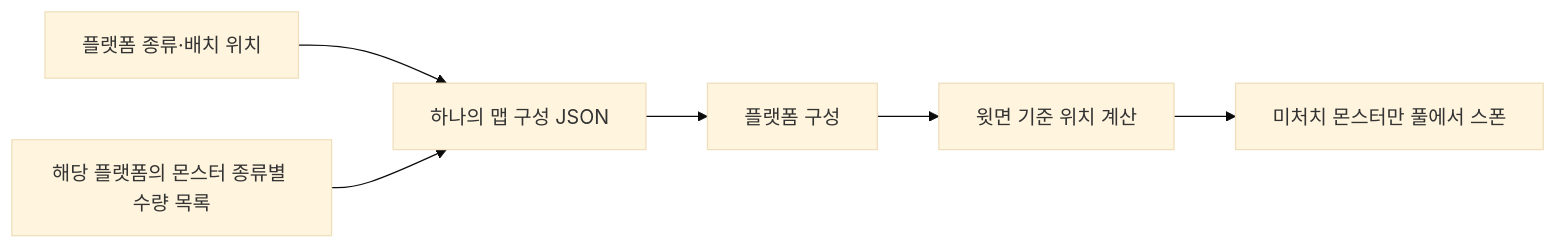
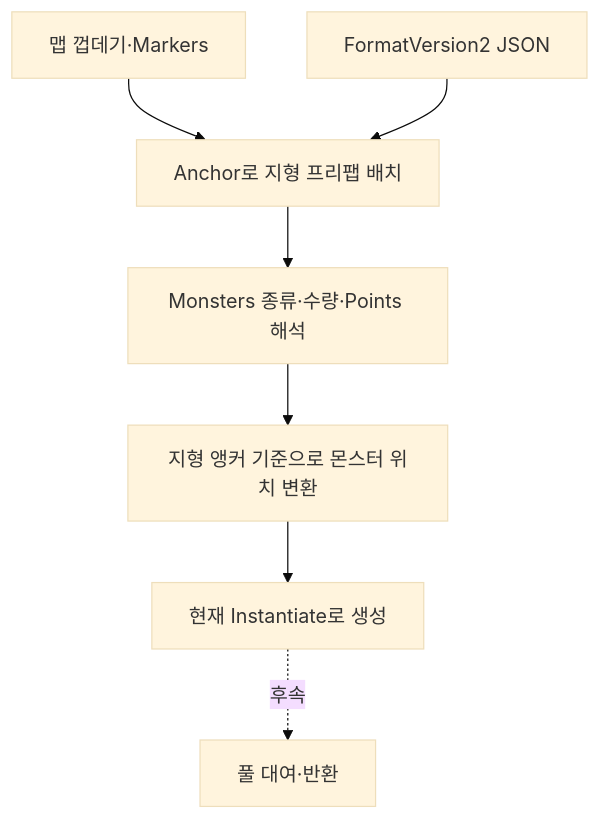
One commit to hyunho9228-web/DataSheet changed the first of 2 diagrams in Docs/맵 구성과 몬스터 배치 데이터 제안서.md. Above: the diagram before and after it, drawn with Mermaid (base theme). The commit also changed other lines of this file and 6 other files, not shown here.

````diff
--- a/Docs/맵 구성과 몬스터 배치 데이터 제안서.md
+++ b/Docs/맵 구성과 몬스터 배치 데이터 제안서.md
@@ -11,8 +9,9 @@
 ```mermaid
-flowchart LR
-    A[플랫폼 종류·배치 위치] --> C[하나의 맵 구성 JSON]
-    B[해당 플랫폼의 몬스터 종류별 수량 목록] --> C
-    C --> D[플랫폼 구성]
-    D --> E[윗면 기준 위치 계산]
-    E --> F[미처치 몬스터만 풀에서 스폰]
+flowchart TD
+    A[맵 껍데기·Markers] --> B[Anchor로 지형 프리팹 배치]
+    C[FormatVersion2 JSON] --> B
+    B --> D[Monsters 종류·수량·Points 해석]
+    D --> E[지형 앵커 기준으로 몬스터 위치 변환]
+    E --> F[현재 Instantiate로 생성]
+    F -.후속.-> G[풀 대여·반환]
 ```
````
